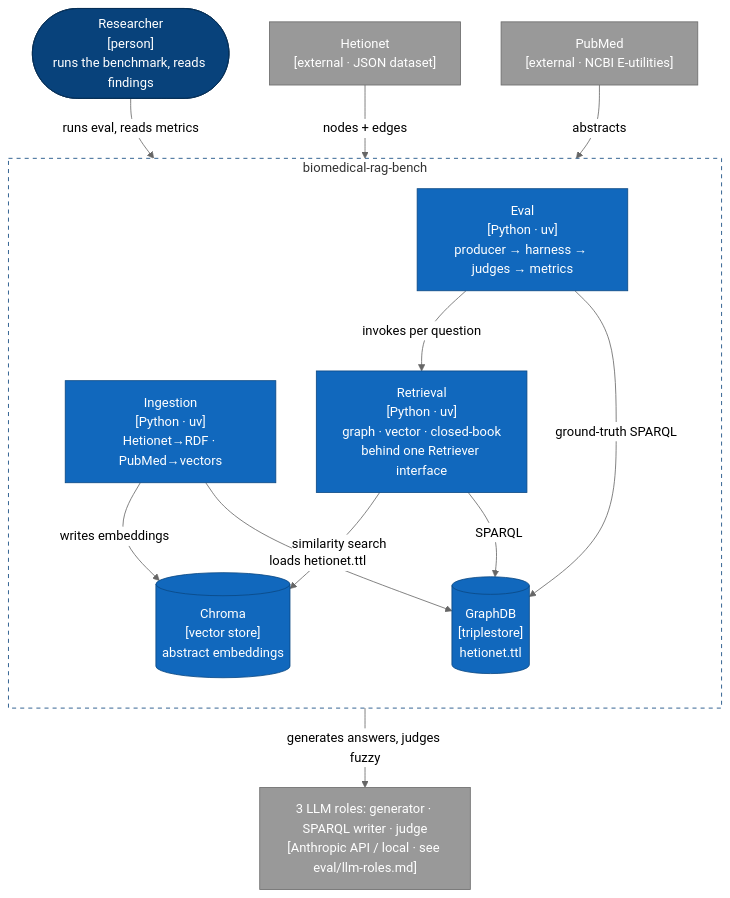
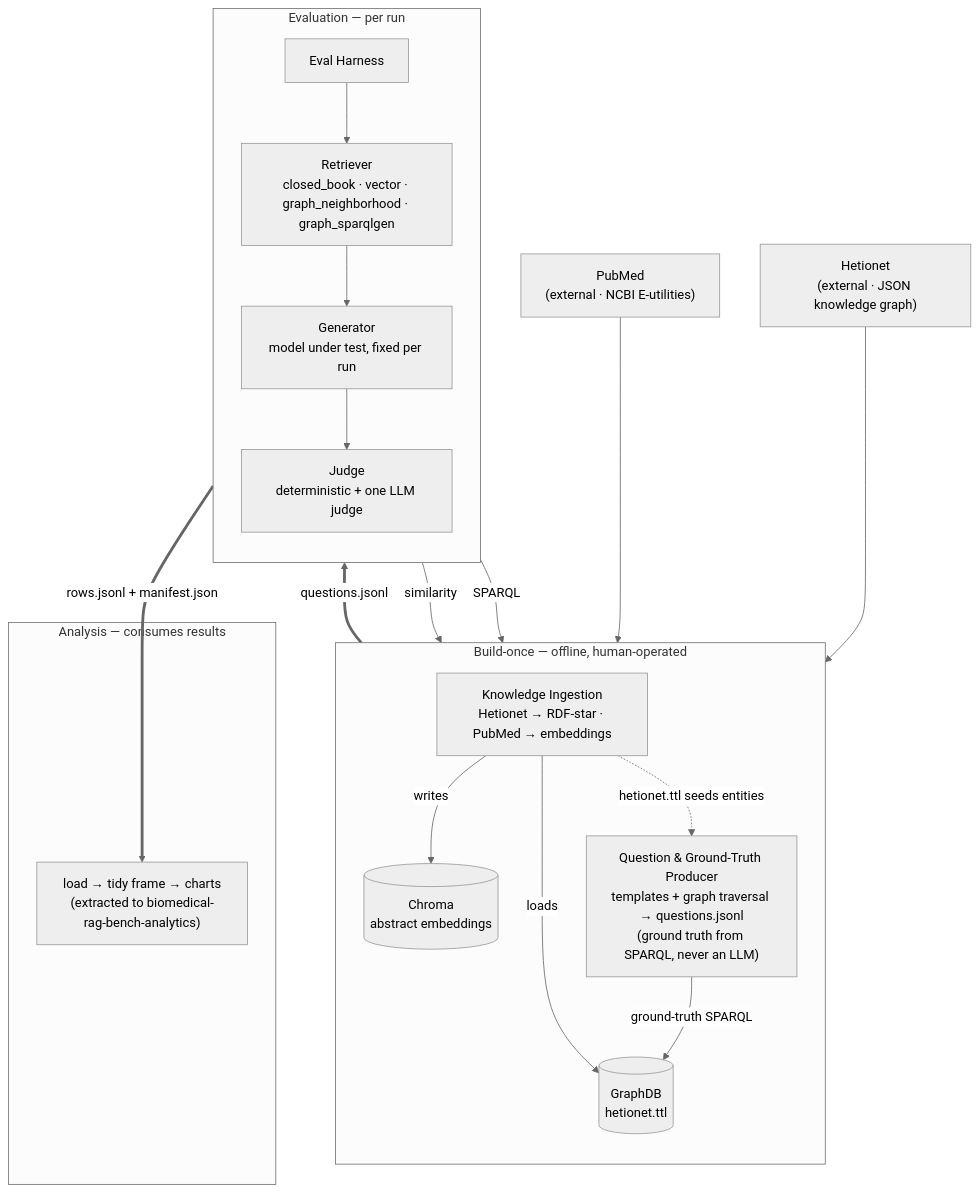
Before and after one commit to joseph-higaki/biomedical-rag-bench: the first of 2 diagrams in README.md, drawn with Mermaid (neutral theme). The commit also changed other lines of this file and 1 other file, not shown here.

````diff
--- a/README.md
+++ b/README.md
@@ -65,38 +39,37 @@
 ```mermaid
 flowchart TB
-    researcher(["Researcher<br/>[person]<br/>runs the benchmark, reads findings"])
+    hetionet["Hetionet<br/>(external · JSON knowledge graph)"]
+    pubmed["PubMed<br/>(external · NCBI E-utilities)"]
 
-    subgraph sys[" biomedical-rag-bench "]
+    subgraph build["Build-once — offline, human-operated"]
         direction TB
-        ingest["Ingestion<br/>[Python · uv]<br/>Hetionet→RDF · PubMed→vectors"]
-        retrieve["Retrieval<br/>[Python · uv]<br/>graph · vector · closed-book<br/>behind one Retriever interface"]
-        eval["Eval<br/>[Python · uv]<br/>producer → harness → judges → metrics"]
-        graphdb[("GraphDB<br/>[triplestore]<br/>hetionet.ttl")]
-        chroma[("Chroma<br/>[vector store]<br/>abstract embeddings")]
+        ingest["Knowledge Ingestion<br/>Hetionet → RDF-star · PubMed → embeddings"]
+        producer["Question & Ground-Truth Producer<br/>templates + graph traversal → questions.jsonl<br/>(ground truth from SPARQL, never an LLM)"]
+        graphdb[("GraphDB<br/>hetionet.ttl")]
+        chroma[("Chroma<br/>abstract embeddings")]
     end
 
-    hetionet["Hetionet<br/>[external · JSON dataset]"]
-    pubmed["PubMed<br/>[external · NCBI E-utilities]"]
-    llm["3 LLM roles: generator · SPARQL writer · judge<br/>[Anthropic API / local · see eval/llm-roles.md]"]
+    subgraph evalrun["Evaluation — per run"]
+        direction TB
+        harness["Eval Harness"]
+        retriever["Retriever<br/>closed_book · vector · graph_neighborhood · graph_sparqlgen"]
+        generator["Generator<br/>model under test, fixed per run"]
+        judge["Judge<br/>deterministic + one LLM judge"]
+        harness --> retriever --> generator --> judge
+    end
 
-    researcher -->|"runs eval, reads metrics"| eval
-    hetionet -->|"nodes + edges"| ingest
-    pubmed -->|"abstracts"| ingest
-    ingest -->|"loads hetionet.ttl"| graphdb
-    ingest -->|"writes embeddings"| chroma
-    eval -->|"ground-truth SPARQL"| graphdb
-    retrieve -->|"SPARQL"| graphdb
-    retrieve -->|"similarity search"| chroma
-    eval -->|"invokes per question"| retrieve
-    eval -->|"generates answers, judges fuzzy"| llm
+    subgraph analysis["Analysis — consumes results"]
+        an["load → tidy frame → charts<br/>(extracted to biomedical-rag-bench-analytics)"]
+    end
 
-    classDef person fill:#08427b,stroke:#052e56,color:#fff
-    classDef container fill:#1168bd,stroke:#0b4884,color:#fff
-    classDef db fill:#1168bd,stroke:#0b4884,color:#fff
-    classDef ext fill:#999999,stroke:#6b6b6b,color:#fff
-    class researcher person
-    class ingest,retrieve,eval container
-    class graphdb,chroma db
-    class hetionet,pubmed,llm ext
-    style sys fill:none,stroke:#08427b,stroke-dasharray:5 5
+    hetionet --> ingest
+    pubmed --> ingest
+    ingest -->|loads| graphdb
+    ingest -->|writes| chroma
+    ingest -.->|hetionet.ttl seeds entities| producer
+    producer -->|ground-truth SPARQL| graphdb
+    producer ==>|questions.jsonl| harness
+    retriever -->|SPARQL| graphdb
+    retriever -->|similarity| chroma
+    judge ==>|"rows.jsonl + manifest.json"| an
 ```
````
